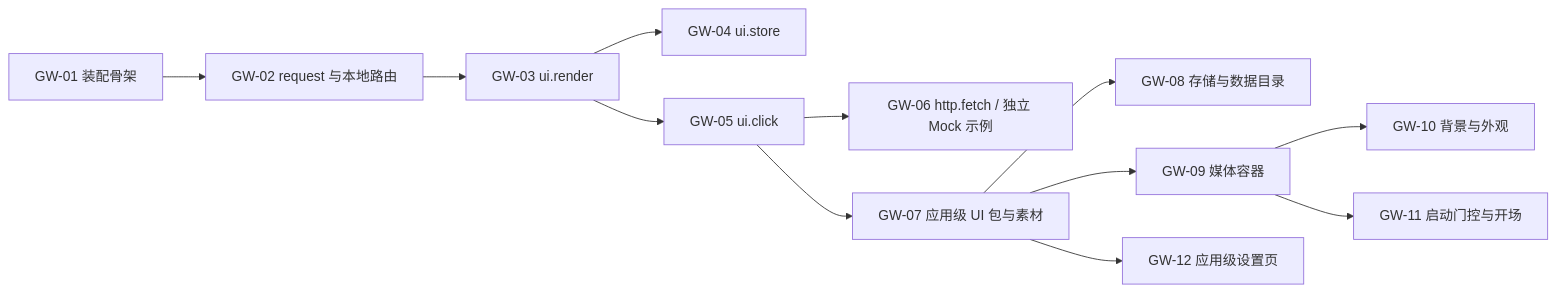
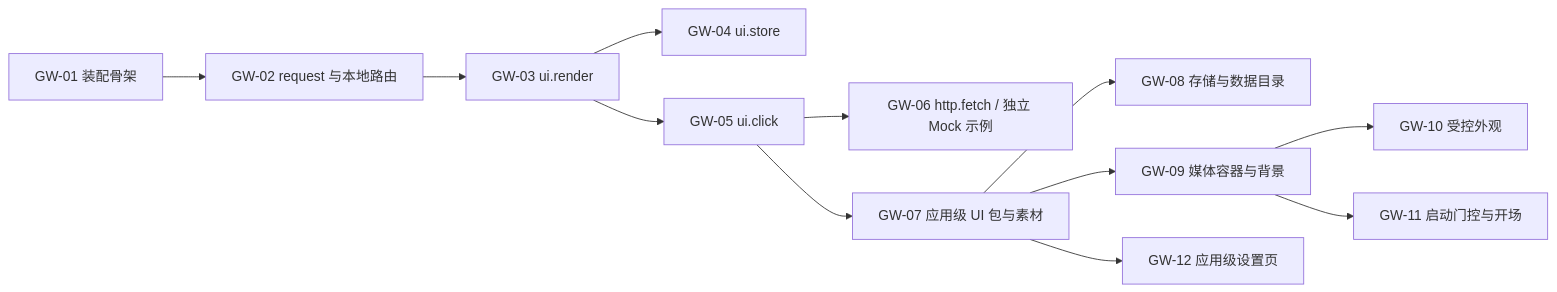
Before and after one commit to openJiuwen-ai/jiuwenswarm: the diagram in jiuwenswarm/gateway/extensions_v2/docs/designs/extensions-v2-development-plan.md, drawn with Mermaid. The commit also changed other lines of this file and 37 other files, not shown here.

````diff
--- a/jiuwenswarm/gateway/extensions_v2/docs/designs/extensions-v2-development-plan.md
+++ b/jiuwenswarm/gateway/extensions_v2/docs/designs/extensions-v2-development-plan.md
@@ -38,14 +38,14 @@
 ```mermaid
 flowchart LR
     G1["GW-01 装配骨架"] --> G2["GW-02 request 与本地路由"]
     G2 --> G3["GW-03 ui.render"]
     G3 --> G4["GW-04 ui.store"]
     G3 --> G5["GW-05 ui.click"]
     G5 --> G6["GW-06 http.fetch / 独立 Mock 示例"]
     G5 --> G7["GW-07 应用级 UI 包与素材"]
     G7 --> G8["GW-08 存储与数据目录"]
-    G7 --> G9["GW-09 媒体容器"]
-    G9 --> G10["GW-10 背景与外观"]
+    G7 --> G9["GW-09 媒体容器与背景"]
+    G9 --> G10["GW-10 受控外观"]
     G9 --> G11["GW-11 启动门控与开场"]
     G7 --> G12["GW-12 应用级设置页"]
 ```
````
